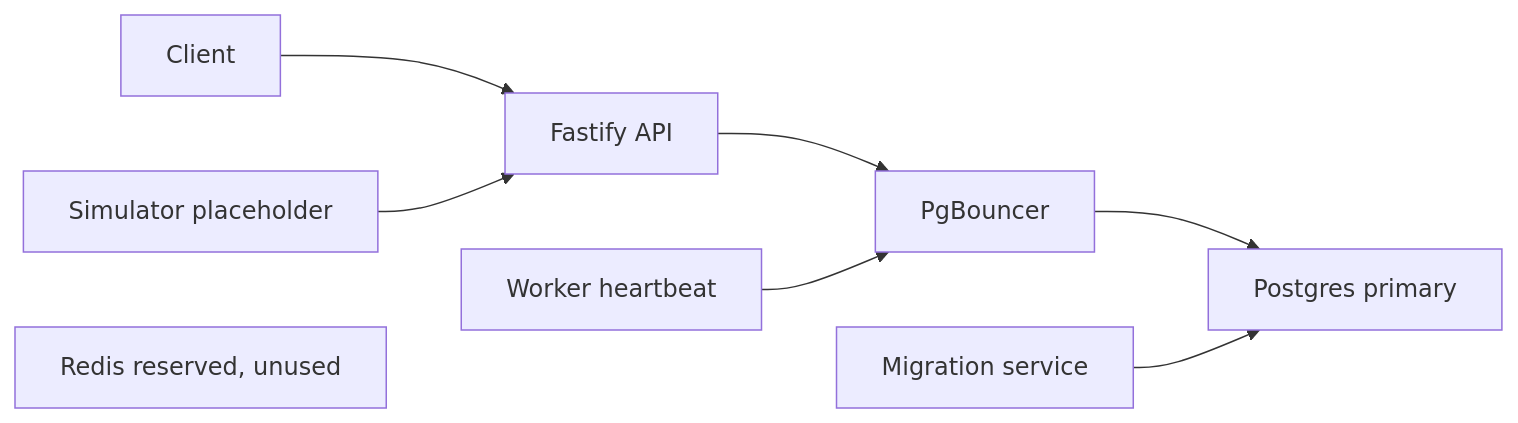
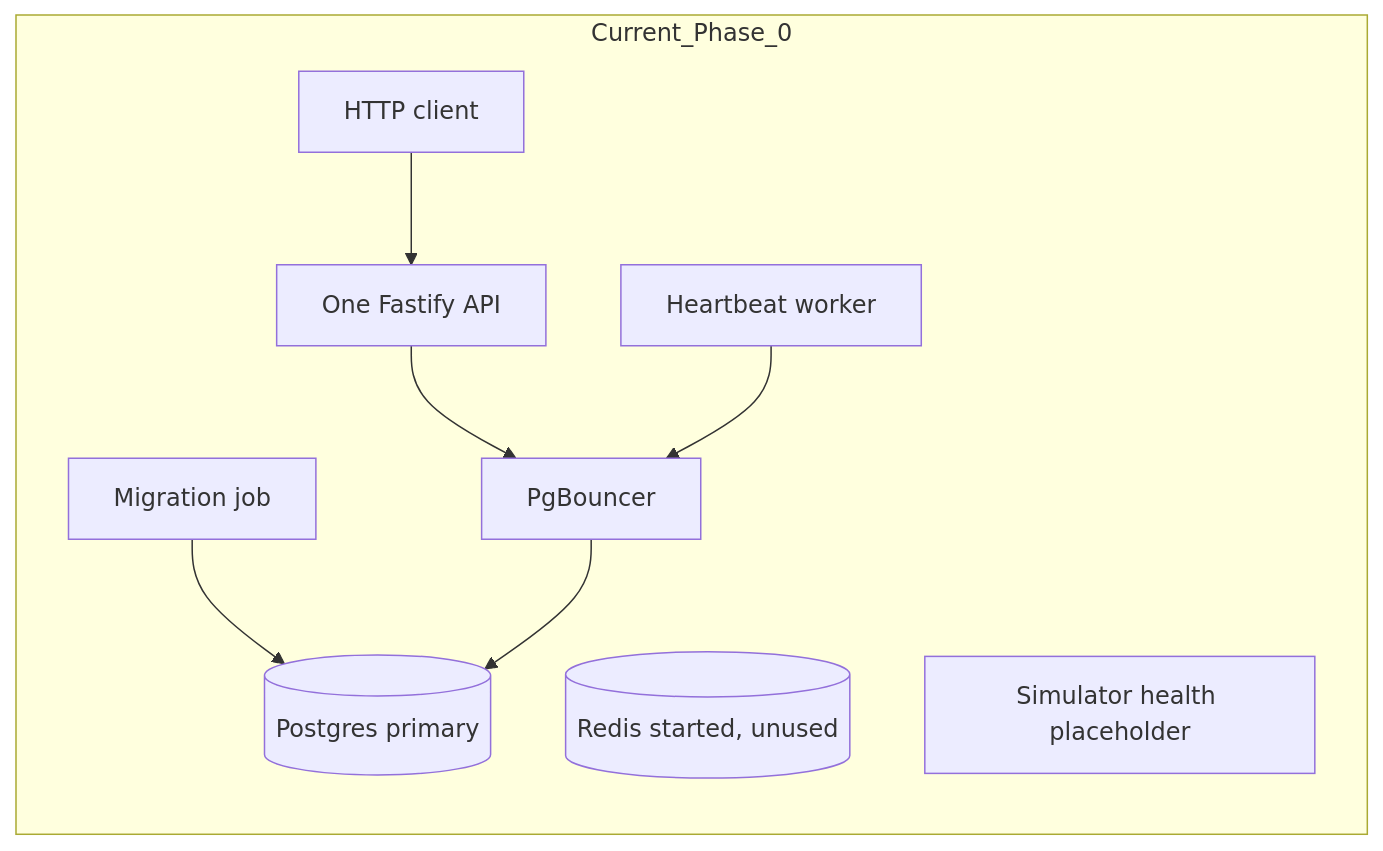
The diagram in README.md (CodexEmmzy/OpenLedger), drawn with Mermaid before and after one commit. The commit also changed other lines of this file and 3 other files, not shown here.

First line of the commit message:
docs: add architecture documentation for OpenLedger project

````diff
--- a/README.md
+++ b/README.md
@@ -30,10 +36,12 @@
 ```mermaid
 flowchart LR
-	client[Client] --> api[Fastify API]
-	simulator[Simulator placeholder] --> api
-	api --> pool[PgBouncer]
-	worker[Worker heartbeat] --> pool
-	pool --> db[Postgres primary]
-	migrator[Migration service] --> db
-	redis[Redis reserved, unused]
+	subgraph Current_Phase_0
+		client[HTTP client] --> api[One Fastify API]
+		api --> pool[PgBouncer]
+		worker[Heartbeat worker] --> pool
+		migrator[Migration job] --> db[(Postgres primary)]
+		pool --> db
+		redis[(Redis started, unused)]
+		sim[Simulator health placeholder]
+	end
 ```
````
